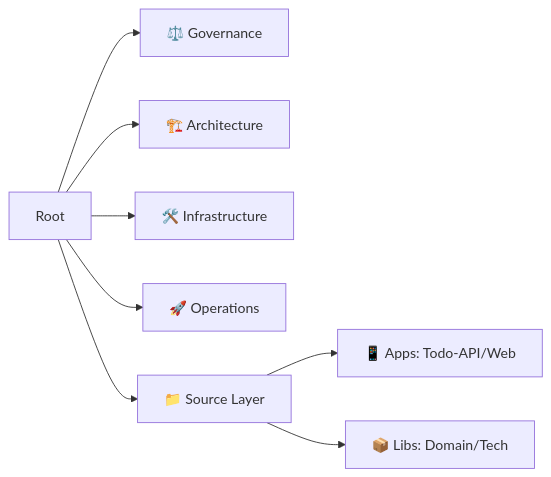
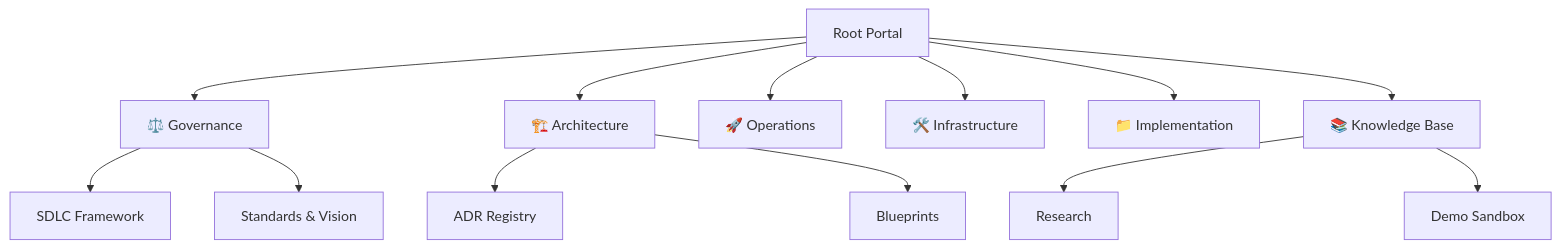
One commit to beyondnetcode/arc32_nodejs_progresive_monolith changed the diagram in README.md. Above: the diagram before and after it, drawn with Mermaid. The commit also changed other lines of this file and 303 other files, not shown here.

````diff
--- a/README.md
+++ b/README.md
@@ -60,11 +21,16 @@
 ```mermaid
-graph LR
-    ROOT[Root] --> GOV[⚖️ Governance]
+graph TD
+    ROOT[Root Portal] --> GOV[⚖️ Governance]
     ROOT --> ARC[🏗️ Architecture]
+    ROOT --> OPS[🚀 Operations]
     ROOT --> INF[🛠️ Infrastructure]
-    ROOT --> OPS[🚀 Operations]
-    ROOT --> SRC[📁 Source Layer]
-    
-    SRC --> APPS[📱 Apps: Todo-API/Web]
-    SRC --> LIBS[📦 Libs: Domain/Tech]
+    ROOT --> SRC[📁 Implementation]
+    ROOT --> KB[📚 Knowledge Base]
+
+    GOV --> SDLC[SDLC Framework]
+    GOV --> STD[Standards & Vision]
+    ARC --> ADR[ADR Registry]
+    ARC --> BLU[Blueprints]
+    KB --> RES[Research]
+    KB --> DEMO[Demo Sandbox]
 ```
````
